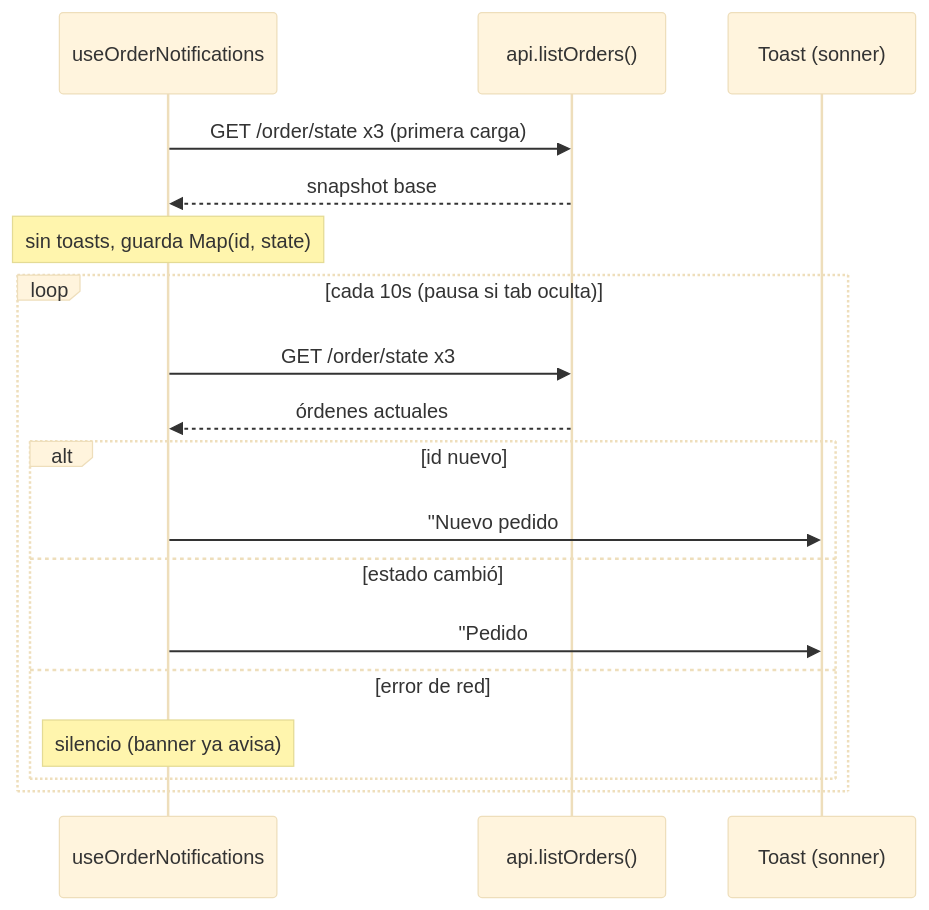
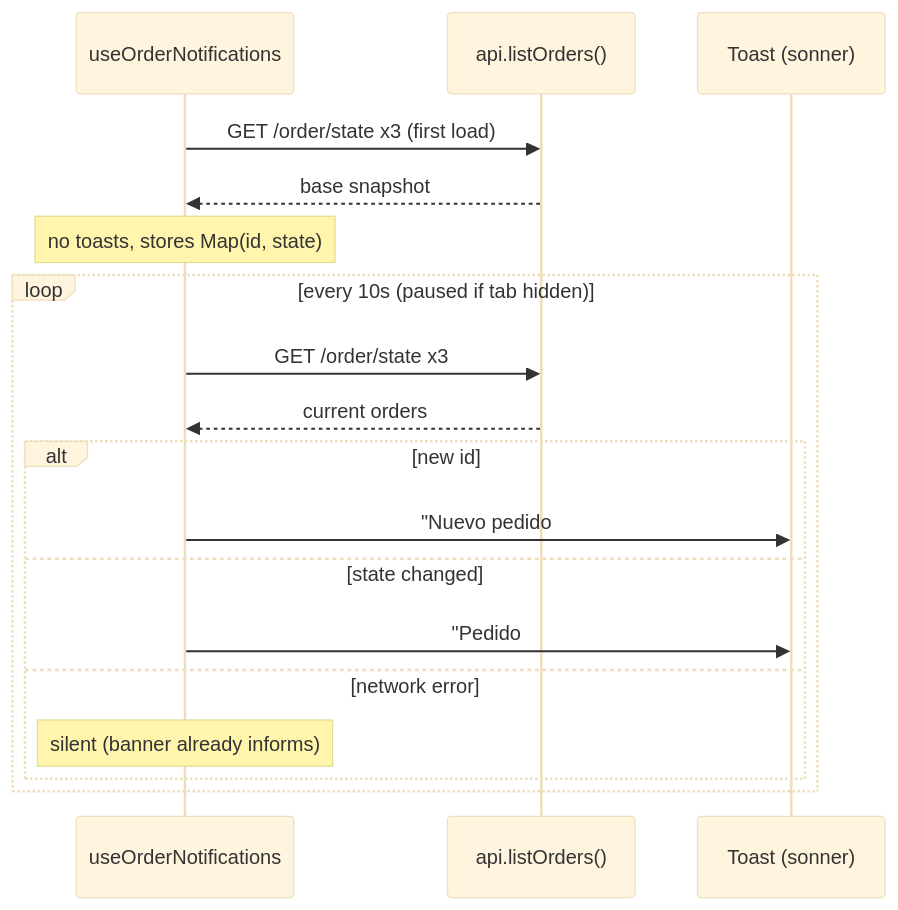
One commit to tulio3101/DeliverAI changed the second of 4 diagrams in ui-design/README.md. Above: the diagram before and after it, drawn with Mermaid (base theme). The commit also changed other lines of this file and 4 other files, not shown here.

````diff
--- a/ui-design/README.md
+++ b/ui-design/README.md
@@ -117,21 +117,21 @@
 ```mermaid
 sequenceDiagram
     participant H as useOrderNotifications
     participant API as api.listOrders()
     participant T as Toast (sonner)
 
-    H->>API: GET /order/state x3 (primera carga)
-    API-->>H: snapshot base
-    Note over H: sin toasts, guarda Map(id, state)
-    loop cada 10s (pausa si tab oculta)
+    H->>API: GET /order/state x3 (first load)
+    API-->>H: base snapshot
+    Note over H: no toasts, stores Map(id, state)
+    loop every 10s (paused if tab hidden)
         H->>API: GET /order/state x3
-        API-->>H: órdenes actuales
-        alt id nuevo
+        API-->>H: current orders
+        alt new id
             H->>T: "Nuevo pedido #id"
-        else estado cambió
+        else state changed
             H->>T: "Pedido #id: A -> B"
-        else error de red
-            Note over H: silencio (banner ya avisa)
+        else network error
+            Note over H: silent (banner already informs)
         end
     end
 ```
````
